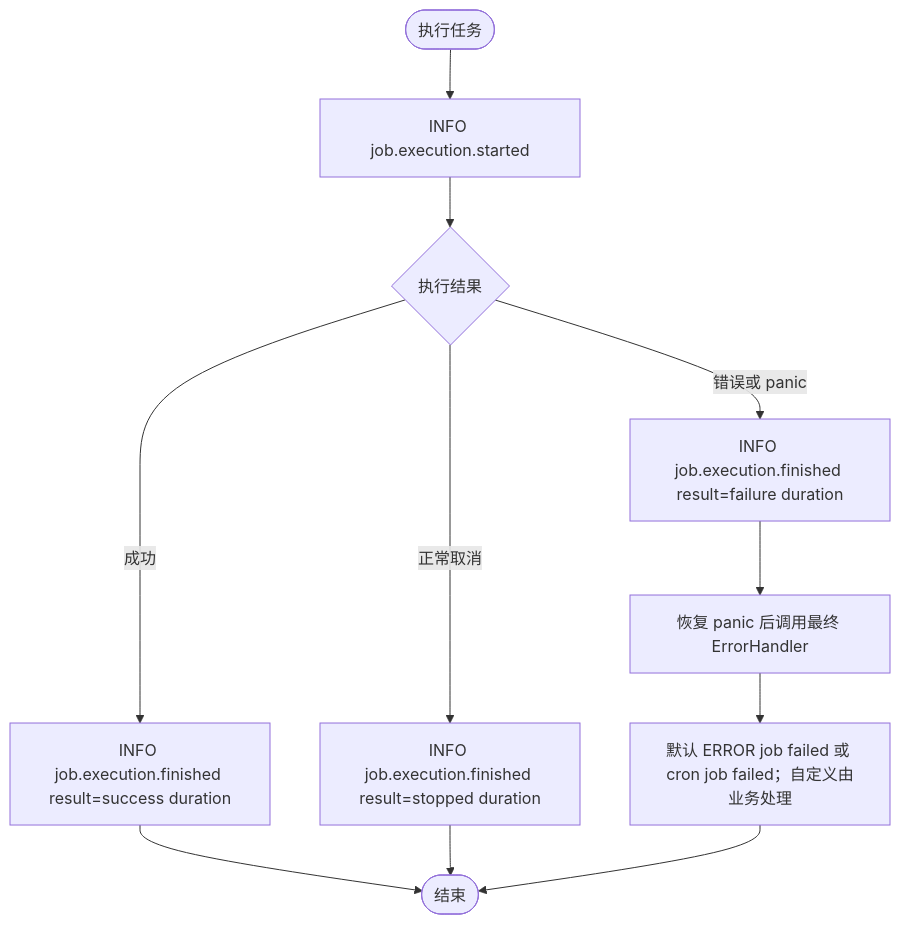
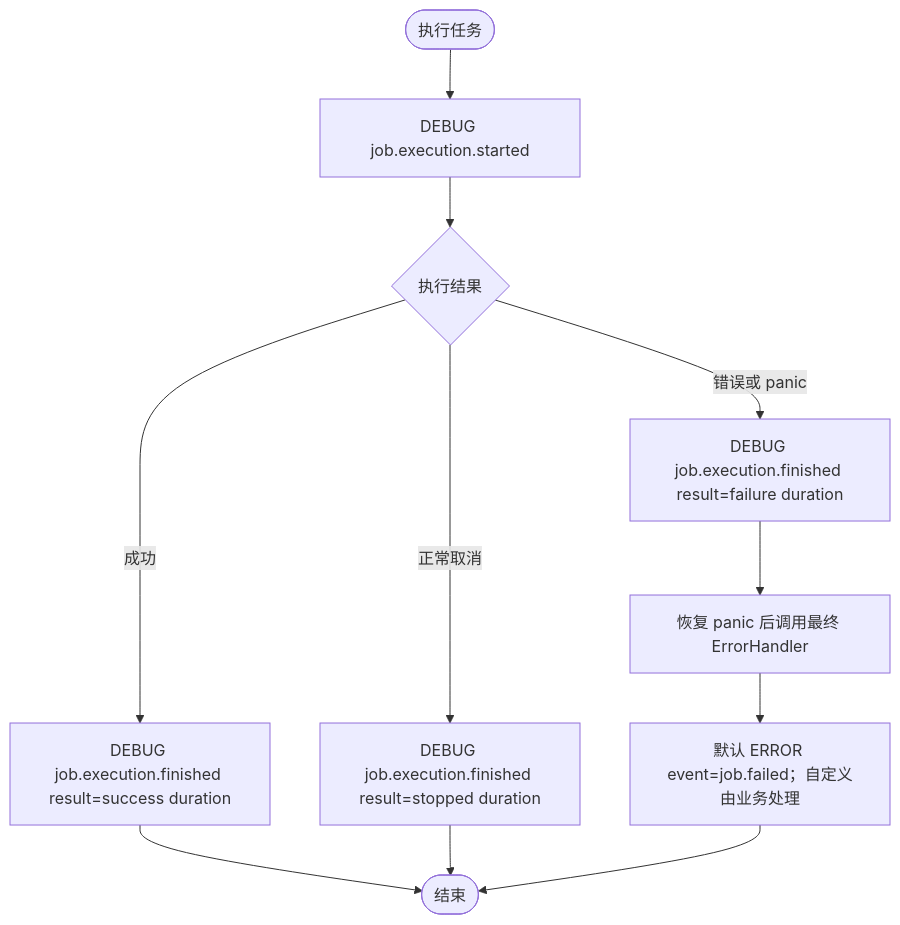
One commit to jaggerzhuang1994/kratos-foundation changed the fifth of 6 diagrams in pkg/job/README.md. Above: the diagram before and after it, drawn with Mermaid. The commit also changed other lines of this file and 204 other files, not shown here.

````diff
--- a/pkg/job/README.md
+++ b/pkg/job/README.md
@@ -196,13 +209,13 @@
 ```mermaid
 flowchart TD
- A([执行任务]) --> B[INFO job.execution.started]
+ A([执行任务]) --> B[DEBUG job.execution.started]
  B --> C{执行结果}
- C -- 成功 --> D[INFO job.execution.finished result=success duration]
- C -- 正常取消 --> E[INFO job.execution.finished result=stopped duration]
- C -- 错误或 panic --> I[INFO job.execution.finished result=failure duration]
+ C -- 成功 --> D[DEBUG job.execution.finished result=success duration]
+ C -- 正常取消 --> E[DEBUG job.execution.finished result=stopped duration]
+ C -- 错误或 panic --> I[DEBUG job.execution.finished result=failure duration]
  I --> F[恢复 panic 后调用最终 ErrorHandler]
- F --> G[默认 ERROR job failed 或 cron job failed；自定义由业务处理]
+ F --> G[默认 ERROR event=job.failed；自定义由业务处理]
  D --> H([结束])
  E --> H
  G --> H
 ```
````
